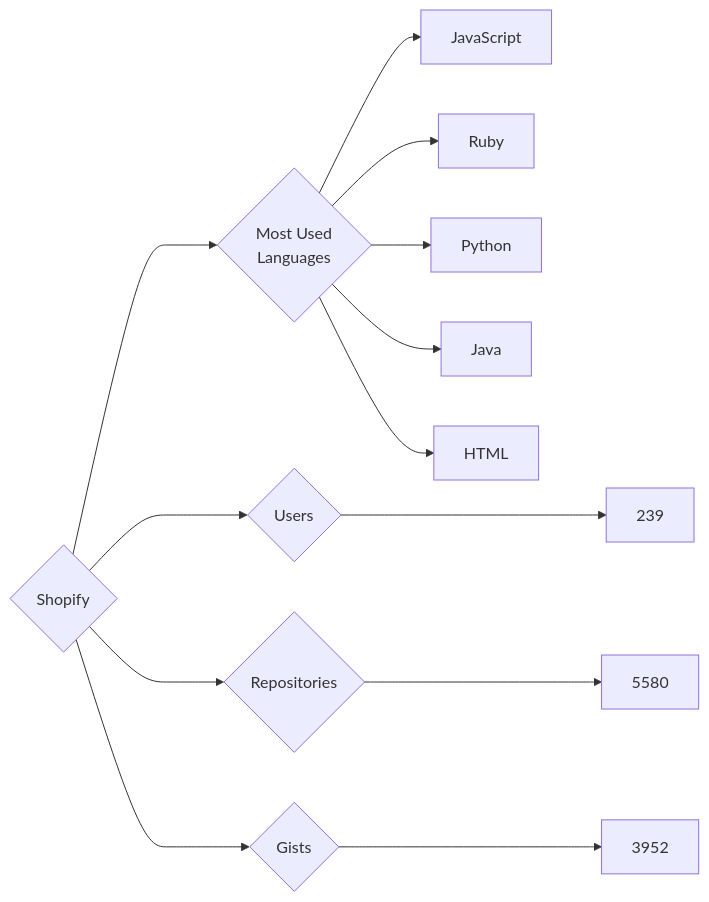
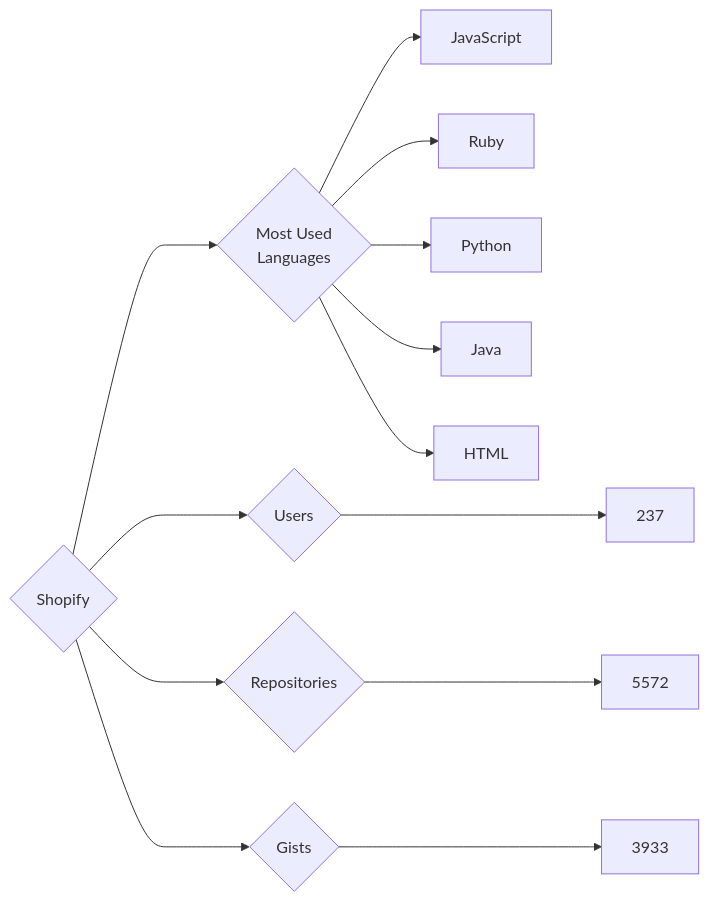
Before and after one commit to trickest/insiders: the diagram in targets/Shopify/README.md, drawn with Mermaid. The commit also changed 1479 other files, not shown here.

````diff
--- a/targets/Shopify/README.md
+++ b/targets/Shopify/README.md
@@ -3,13 +3,13 @@
 ```mermaid
 graph LR
 COMPANY_NAME{Shopify}
-COMPANY_NAME ---> U{Users} ---> UN[239]
-COMPANY_NAME ---> R{Repositories} ---> RN[5580]
-COMPANY_NAME ---> G{Gists} ---> GN[3952]
+COMPANY_NAME ---> U{Users} ---> UN[237]
+COMPANY_NAME ---> R{Repositories} ---> RN[5572]
+COMPANY_NAME ---> G{Gists} ---> GN[3933]
 COMPANY_NAME ---> ML{Most Used<br>Languages}
 ML --> JavaScript[JavaScript]
 ML --> Ruby[Ruby]
 ML --> Python[Python]
 ML --> Java[Java]
 ML --> HTML[HTML]
 ```
````
